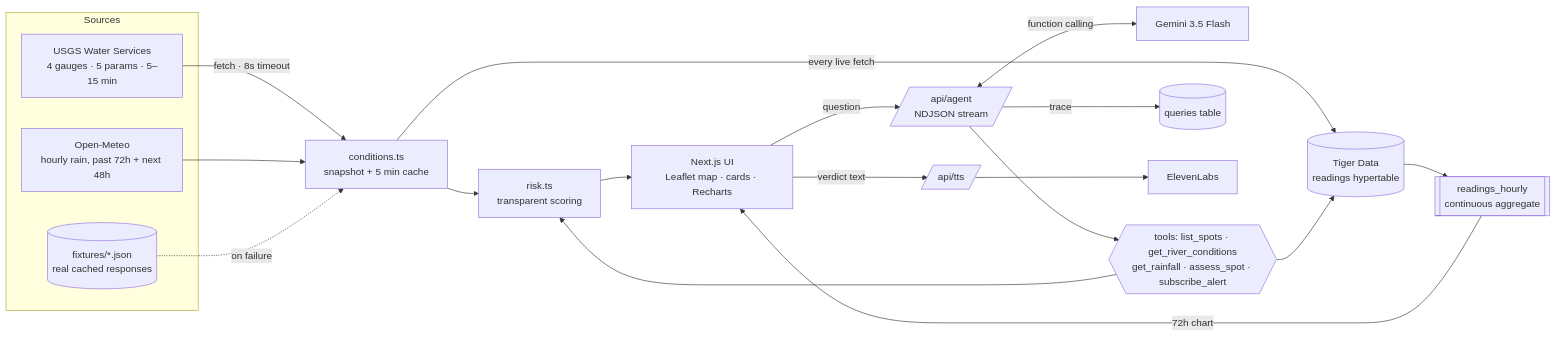
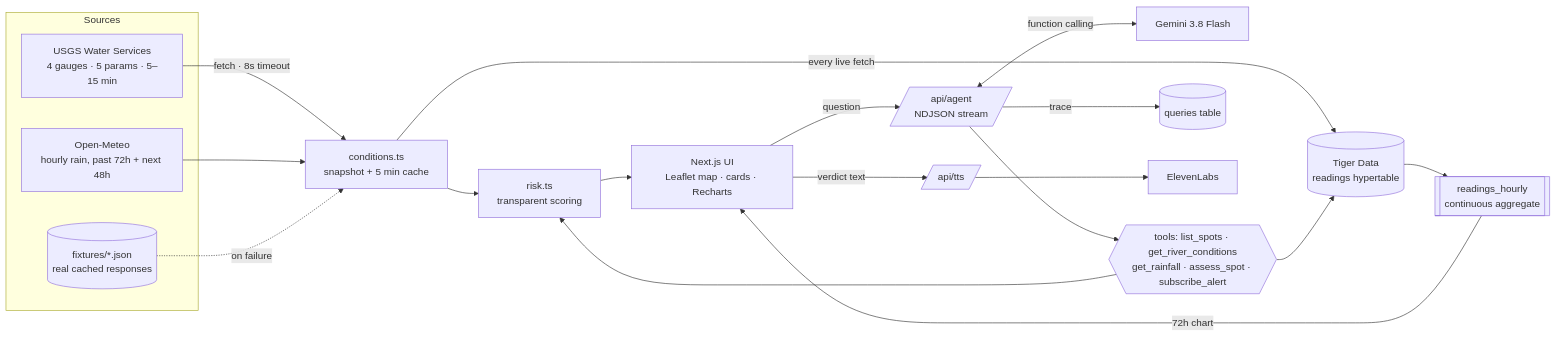
Before and after one commit to karbaz017/schuylkill-sentinel: the diagram in README.md, drawn with Mermaid. The commit also changed other lines of this file and 5 other files, not shown here.

Commit message:
Default to gemini-3.8-flash (3.5-flash, flash-latest fallbacks); 2.5-flash is retired for new API keys

````diff
--- a/README.md
+++ b/README.md
@@ -28,23 +28,23 @@
 ```mermaid
 flowchart LR
   subgraph Sources
     USGS["USGS Water Services<br/>4 gauges · 5 params · 5–15 min"]
     OM["Open-Meteo<br/>hourly rain, past 72h + next 48h"]
     FX[("fixtures/*.json<br/>real cached responses")]
   end
   USGS -->|fetch · 8s timeout| C[conditions.ts<br/>snapshot + 5 min cache]
   OM --> C
   FX -. on failure .-> C
   C --> R[risk.ts<br/>transparent scoring]
   C -->|every live fetch| TS[("Tiger Data<br/>readings hypertable")]
   TS --> CA[["readings_hourly<br/>continuous aggregate"]]
   CA -->|72h chart| UI
   R --> UI[Next.js UI<br/>Leaflet map · cards · Recharts]
   UI -->|question| AG[/api/agent<br/>NDJSON stream/]
-  AG <-->|function calling| GM[Gemini 3.5 Flash]
+  AG <-->|function calling| GM[Gemini 3.8 Flash]
   AG --> T{{tools: list_spots · get_river_conditions<br/>get_rainfall · assess_spot · subscribe_alert}}
   T --> R
   T --> TS
   AG -->|trace| TSQ[("queries table")]
   UI -->|verdict text| TTS[/api/tts/] --> EL[ElevenLabs]
 ```
````
